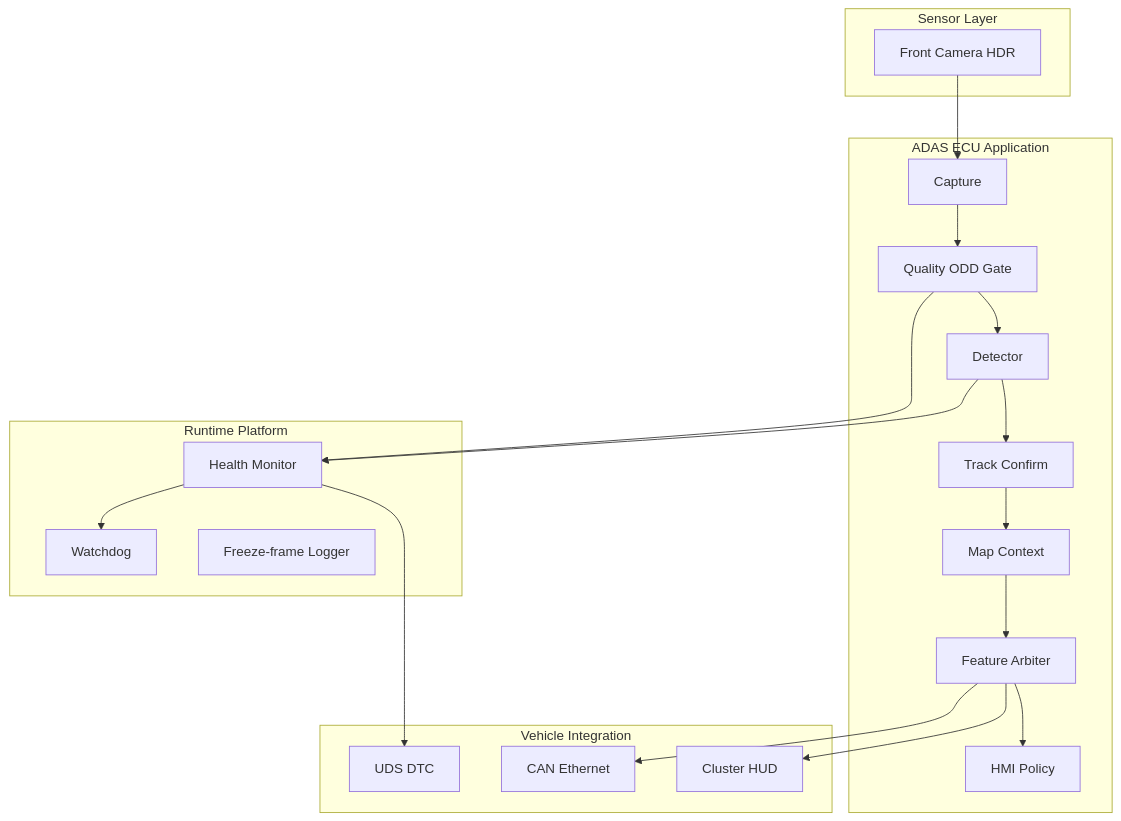
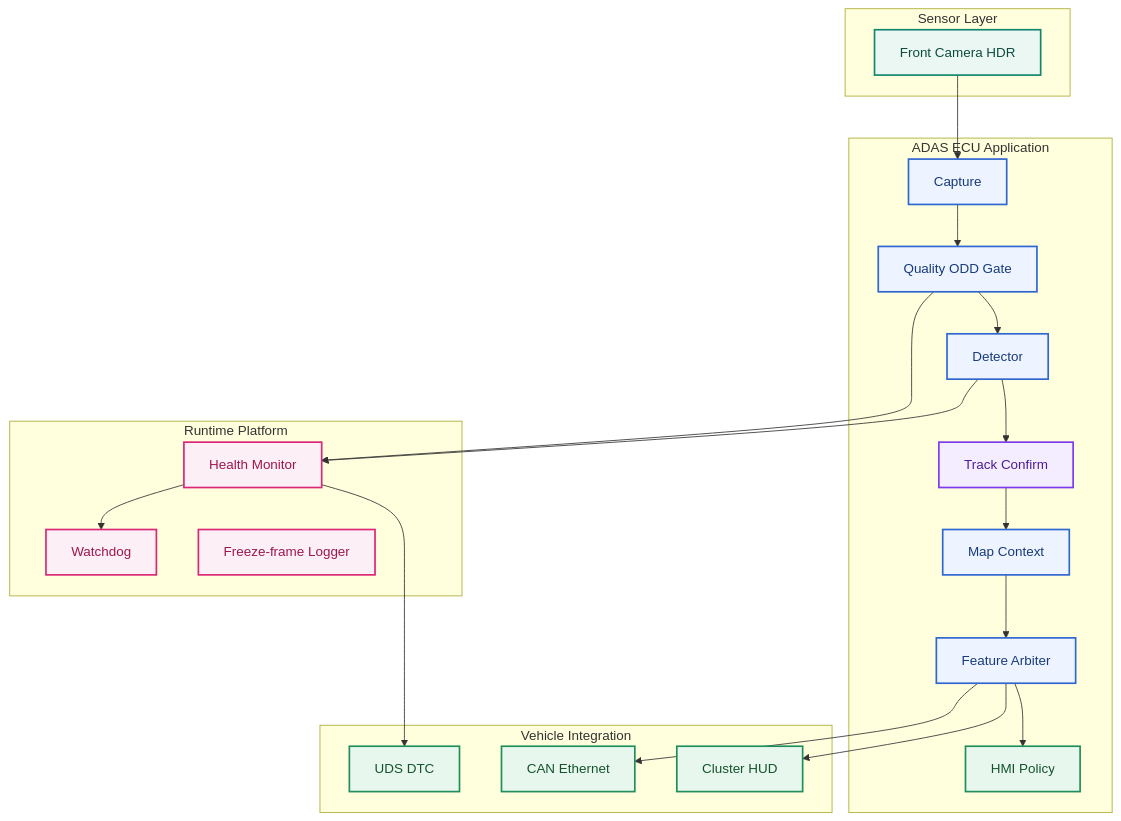
Diagram 25 of 48 in research/1.research_tsr_three_part_unified.md (LeNguyenHaiDuong/adas-tsr), drawn with Mermaid before and after one commit. The commit also changed other lines of this file and 5 other files, not shown here.

Commit message:
Add mermaid color

````diff
--- a/research/1.research_tsr_three_part_unified.md
+++ b/research/1.research_tsr_three_part_unified.md
@@ -1579,31 +1648,42 @@
 ```mermaid
 flowchart TB
     subgraph sensor [Sensor Layer]
         CAM[Front Camera HDR]
     end
     subgraph app [ADAS ECU Application]
         CAP[Capture] --> IQ[Quality ODD Gate]
         IQ --> DET[Detector]
         DET --> TRK[Track Confirm]
         TRK --> MAP[Map Context]
         MAP --> ARB[Feature Arbiter]
         ARB --> HMI[HMI Policy]
     end
     subgraph plat [Runtime Platform]
         HM[Health Monitor]
         WDG[Watchdog]
         LOG[Freeze-frame Logger]
     end
     subgraph veh [Vehicle Integration]
         CL[Cluster HUD]
         BUS[CAN Ethernet]
         UDS[UDS DTC]
     end
     CAM --> CAP
     IQ --> HM
     DET --> HM
     ARB --> CL
     ARB --> BUS
     HM --> UDS
     HM --> WDG
+
+    classDef source fill:#EAF7F2,stroke:#14866D,color:#0F4C3F,stroke-width:2px;
+    classDef feature fill:#EDF3FF,stroke:#2F66D0,color:#173B7A,stroke-width:2px;
+    classDef temporal fill:#F4ECFF,stroke:#7C3AED,color:#4C1D95,stroke-width:2px;
+    classDef support fill:#FCEFF5,stroke:#DB2777,color:#9D174D,stroke-width:2px;
+    classDef integration fill:#E8F7EE,stroke:#1E8E5A,color:#14532D,stroke-width:2px;
+    class CAM source;
+    class CAP,IQ,DET,MAP,ARB feature;
+    class TRK temporal;
+    class HM,WDG,LOG support;
+    class HMI,CL,BUS,UDS integration;
 ```
````
